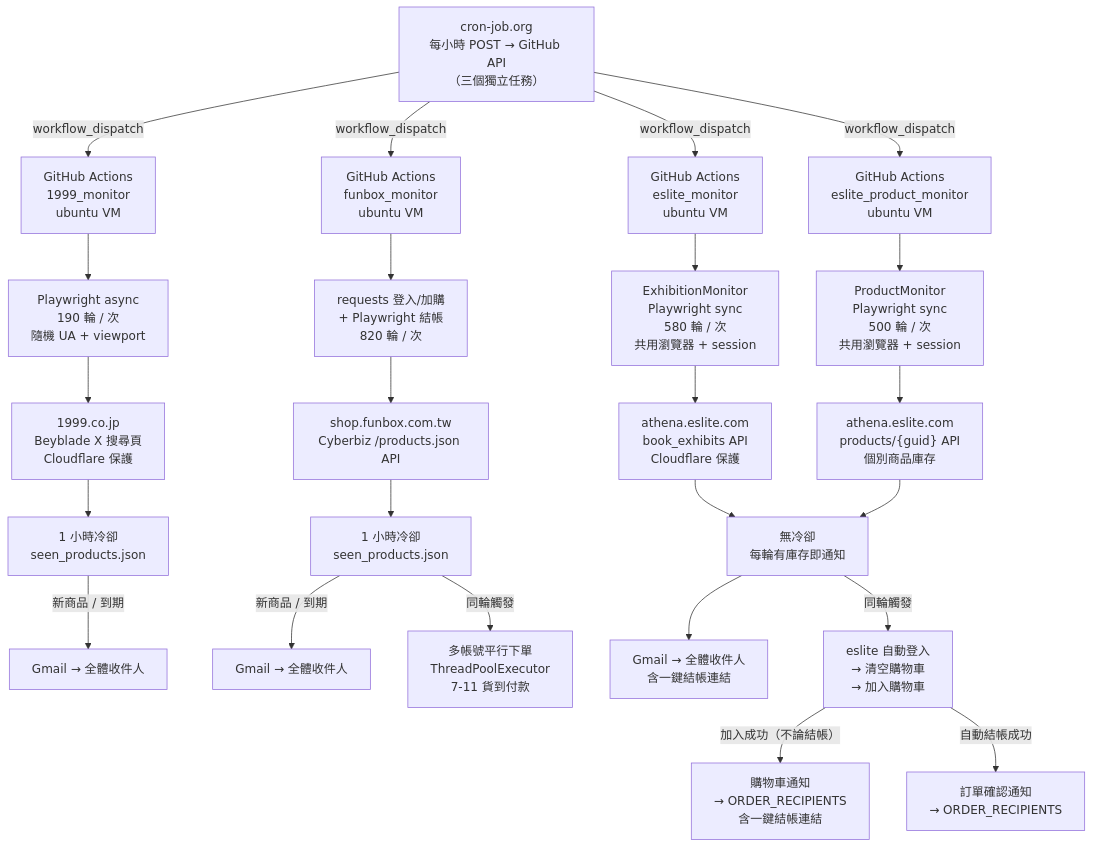
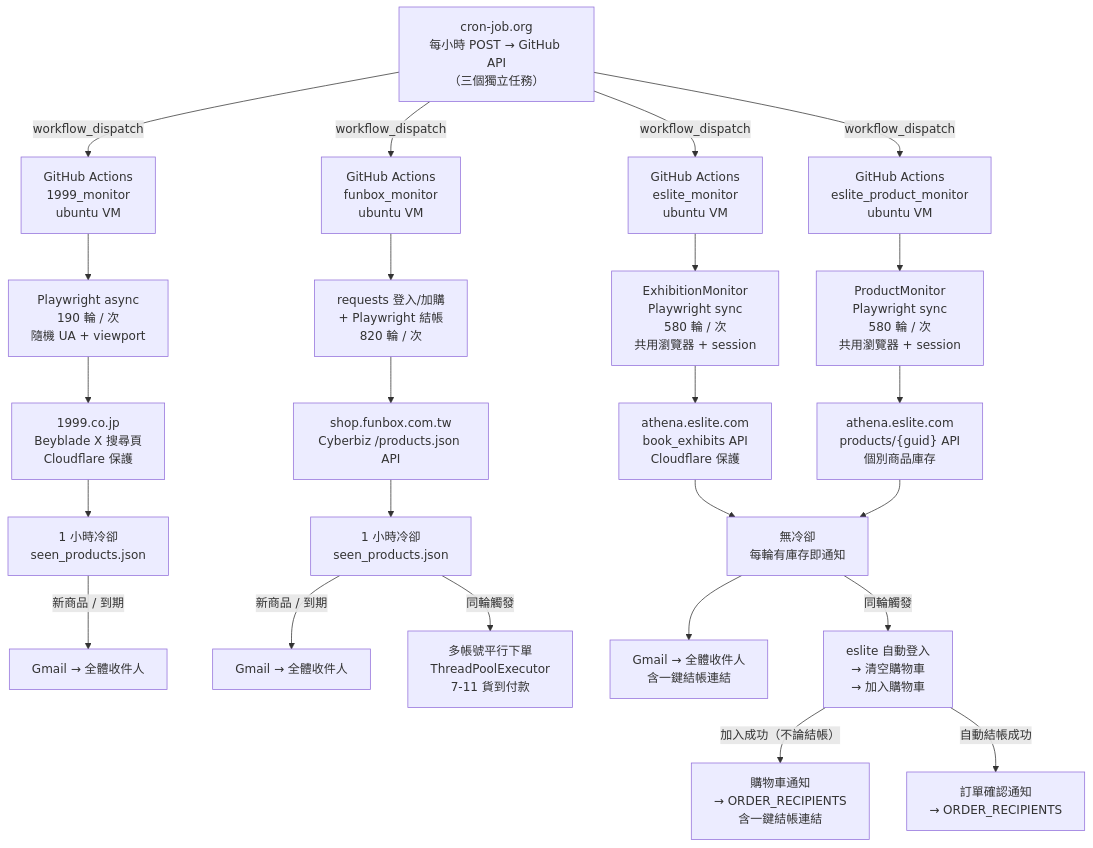
The diagram in README.md (k0341055/beyblade-funbox-monitor), drawn with Mermaid before and after one commit. The commit also changed other lines of this file and 1 other file, not shown here.

First line of the commit message:
fix: ProductMonitor CHECK_ROUNDS 修正為 580（與 ExhibitionMonitor 相同）

````diff
--- a/README.md
+++ b/README.md
@@ -9,34 +9,34 @@
 ```mermaid
 flowchart TD
     CRON["cron-job.org\n每小時 POST → GitHub API\n（三個獨立任務）"]
 
     CRON -->|workflow_dispatch| GA1["GitHub Actions\n1999_monitor\nubuntu VM"]
     CRON -->|workflow_dispatch| GA2["GitHub Actions\nfunbox_monitor\nubuntu VM"]
     CRON -->|workflow_dispatch| GA3["GitHub Actions\neslite_monitor\nubuntu VM"]
     CRON -->|workflow_dispatch| GA4["GitHub Actions\neslite_product_monitor\nubuntu VM"]
 
     GA1 --> PW1["Playwright async\n190 輪 / 次\n隨機 UA + viewport"]
     GA2 --> REQ["requests 登入/加購\n+ Playwright 結帳\n820 輪 / 次"]
     GA3 --> PW3["ExhibitionMonitor\nPlaywright sync\n580 輪 / 次\n共用瀏覽器 + session"]
-    GA4 --> PW4["ProductMonitor\nPlaywright sync\n500 輪 / 次\n共用瀏覽器 + session"]
+    GA4 --> PW4["ProductMonitor\nPlaywright sync\n580 輪 / 次\n共用瀏覽器 + session"]
 
     PW1 --> SITE1["1999.co.jp\nBeyblade X 搜尋頁\nCloudflare 保護"]
     REQ --> SITE2["shop.funbox.com.tw\nCyberbiz /products.json API"]
     PW3 --> SITE3["athena.eslite.com\nbook_exhibits API\nCloudflare 保護"]
     PW4 --> SITE4["athena.eslite.com\nproducts/{guid} API\n個別商品庫存"]
 
     SITE1 --> COOL1["1 小時冷卻\nseen_products.json"]
     SITE2 --> COOL2["1 小時冷卻\nseen_products.json"]
     SITE3 --> NOCD["無冷卻\n每輪有庫存即通知"]
     SITE4 --> NOCD
 
     COOL1 -->|新商品 / 到期| MAIL1["Gmail → 全體收件人"]
     COOL2 -->|新商品 / 到期| MAIL2["Gmail → 全體收件人"]
     NOCD --> MAIL3["Gmail → 全體收件人\n含一鍵結帳連結"]
 
     COOL2 -->|同輪觸發| BUY["多帳號平行下單\nThreadPoolExecutor\n7-11 貨到付款"]
     NOCD -->|同輪觸發| ECART["eslite 自動登入\n→ 清空購物車\n→ 加入購物車"]
 
     ECART -->|加入成功（不論結帳）| CNOTIF["購物車通知\n→ ORDER_RECIPIENTS\n含一鍵結帳連結"]
     ECART -->|自動結帳成功| ONOTIF["訂單確認通知\n→ ORDER_RECIPIENTS"]
 ```
````
